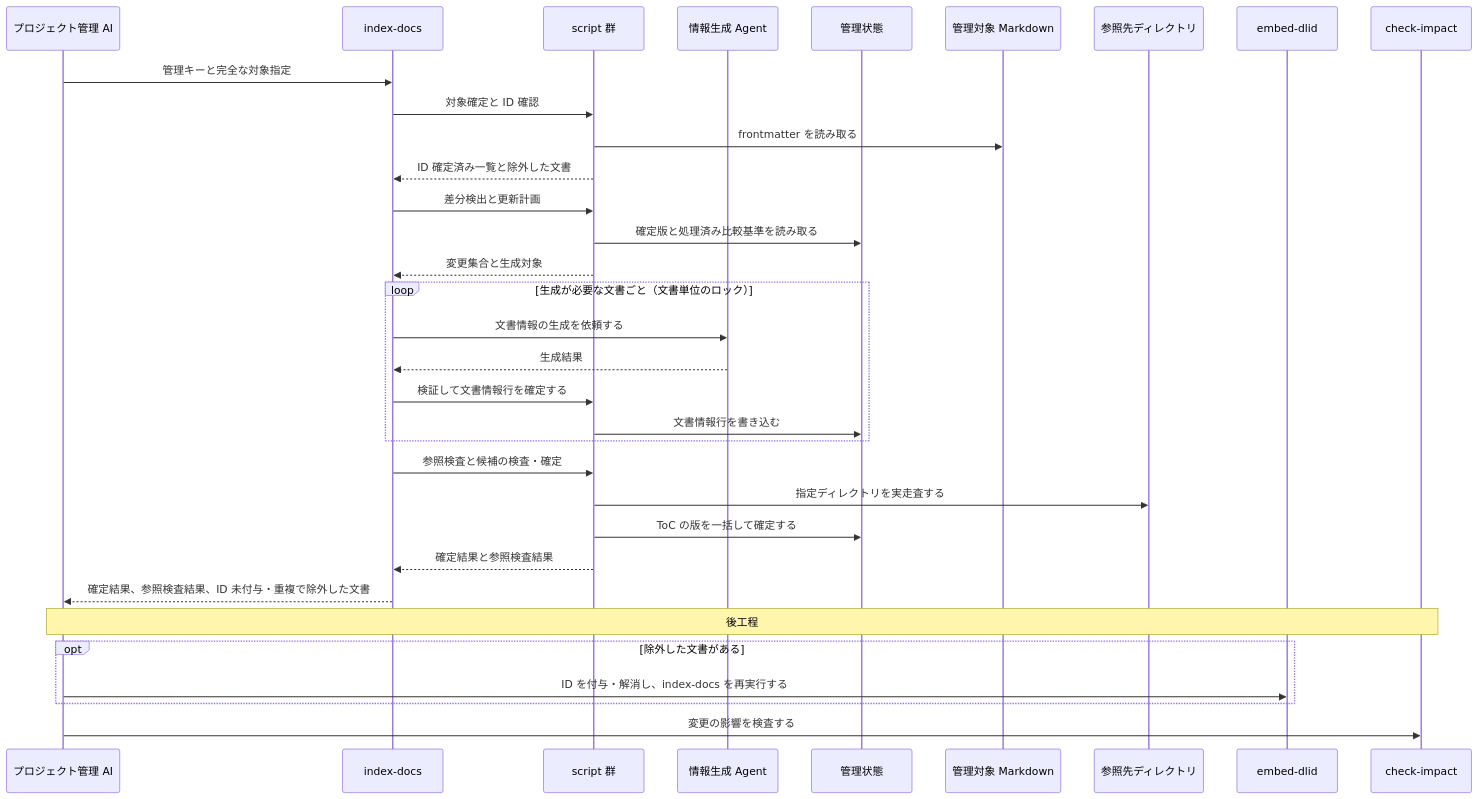
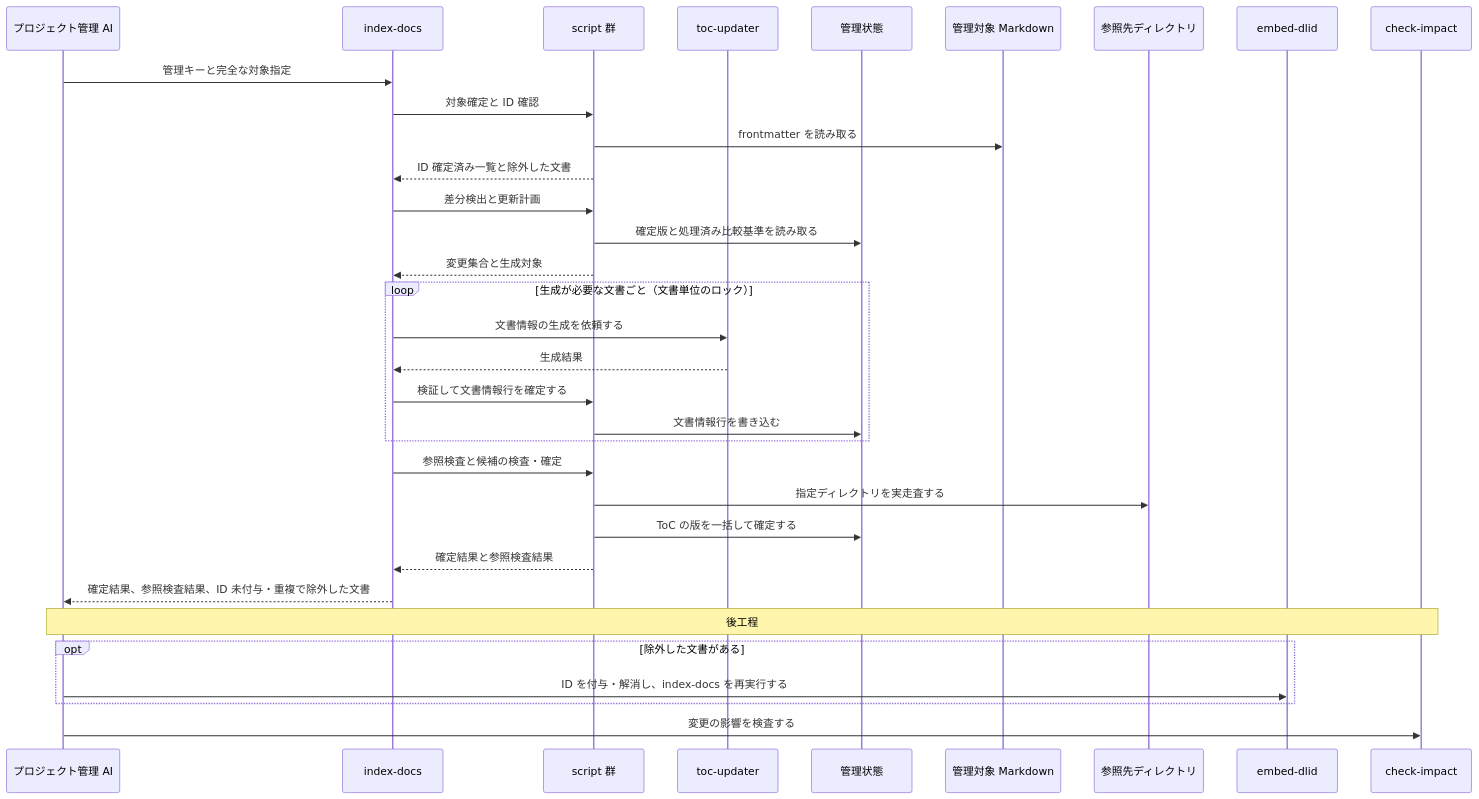
One commit to BlueEventHorizon/doc-link changed the third of 8 diagrams in docs/specs/design/DES-010-skill-composition.md. Above: the diagram before and after it, drawn with Mermaid. The commit also changed other lines of this file and 21 other files, not shown here.

````diff
--- a/docs/specs/design/DES-010-skill-composition.md
+++ b/docs/specs/design/DES-010-skill-composition.md
@@ -155,36 +159,36 @@
 ```mermaid
 sequenceDiagram
     participant PM as プロジェクト管理 AI
     participant Skill as index-docs
     participant Scripts as script 群
-    participant Agent as 情報生成 Agent
+    participant Agent as toc-updater
     participant DB as 管理状態
     participant Docs as 管理対象 Markdown
     participant RefDirs as 参照先ディレクトリ
     participant Embed as embed-dlid
     participant Impact as check-impact
 
     PM->>Skill: 管理キーと完全な対象指定
     Skill->>Scripts: 対象確定と ID 確認
     Scripts->>Docs: frontmatter を読み取る
     Scripts-->>Skill: ID 確定済み一覧と除外した文書
     Skill->>Scripts: 差分検出と更新計画
     Scripts->>DB: 確定版と処理済み比較基準を読み取る
     Scripts-->>Skill: 変更集合と生成対象
     loop 生成が必要な文書ごと（文書単位のロック）
         Skill->>Agent: 文書情報の生成を依頼する
         Agent-->>Skill: 生成結果
         Skill->>Scripts: 検証して文書情報行を確定する
         Scripts->>DB: 文書情報行を書き込む
     end
     Skill->>Scripts: 参照検査と候補の検査・確定
     Scripts->>RefDirs: 指定ディレクトリを実走査する
     Scripts->>DB: ToC の版を一括して確定する
     Scripts-->>Skill: 確定結果と参照検査結果
     Skill-->>PM: 確定結果、参照検査結果、ID 未付与・重複で除外した文書
     Note over PM,Impact: 後工程
     opt 除外した文書がある
         PM->>Embed: ID を付与・解消し、index-docs を再実行する
     end
     PM->>Impact: 変更の影響を検査する
 ```
````
